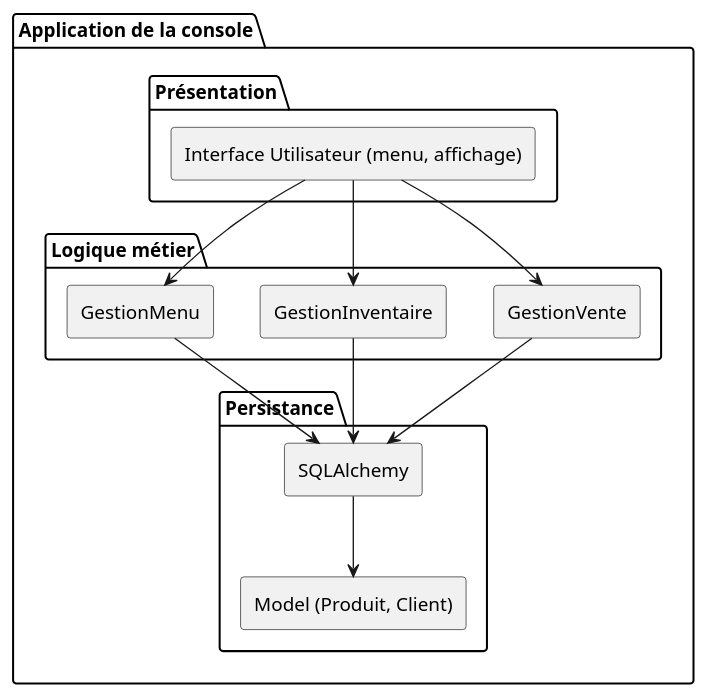
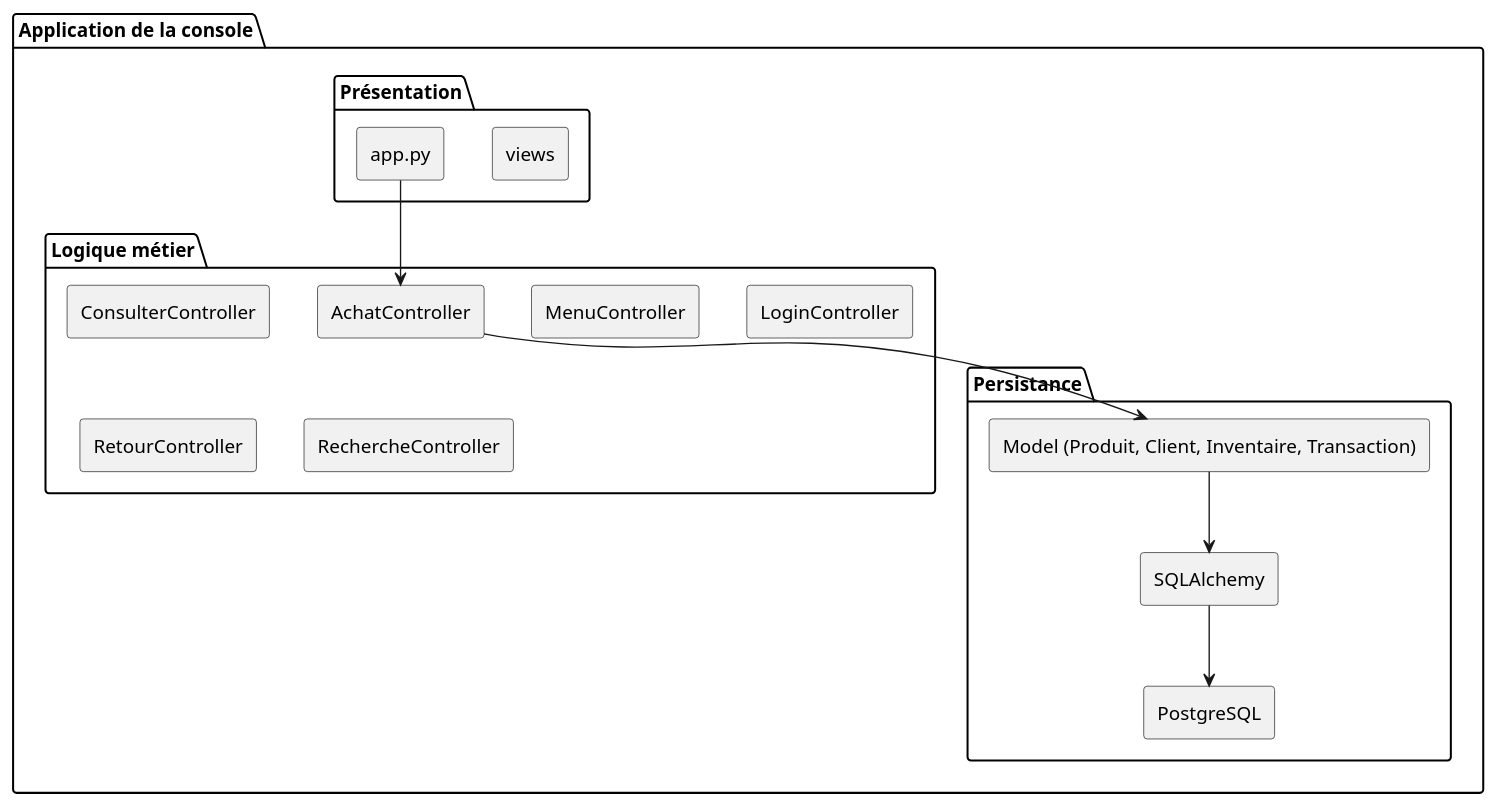
The diagram in docs/UML/implementation.puml (Barlow-Personal-Git/LOG430_Barlow_Etape_1), drawn with PlantUML before and after one commit. The commit also changed 39 other files, not shown here.

```diff
--- a/docs/UML/implementation.puml
+++ b/docs/UML/implementation.puml
@@ -1,31 +1,32 @@
 @startuml
 skinparam componentStyle rectangle
 
 package "Application de la console" {
 
   package "Présentation" {
-    component "Interface Utilisateur (menu, affichage)" as UI
+    component "views"
+    component "app.py"
   }
 
   package "Logique métier" {
-    component "GestionVente"
-    component "GestionInventaire"
-    component "GestionMenu"
+    component "AchatController"
+    component "ConsulterController"
+    component "MenuController"
+    component "LoginController"
+    component "RetourController"
+    component "RechercheController"
   }
 
   package "Persistance" {
     component "SQLAlchemy"
-    component "Model (Produit, Client)"
+    component "PostgreSQL"
+    component "Model (Produit, Client, Inventaire, Transaction)"
   }
 
-  UI --> GestionVente
-  UI --> GestionInventaire
-  UI --> GestionMenu
+  "app.py" --> "AchatController"
+  "AchatController" --> "Model (Produit, Client, Inventaire, Transaction)"
+  "Model (Produit, Client, Inventaire, Transaction)" --> "SQLAlchemy"
+  "SQLAlchemy" --> "PostgreSQL"
+}
 
-  GestionVente --> "SQLAlchemy"
-  GestionInventaire --> "SQLAlchemy"
-  GestionMenu --> "SQLAlchemy"
-
-  "SQLAlchemy" --> "Model (Produit, Client)"
-}
 @enduml
```
